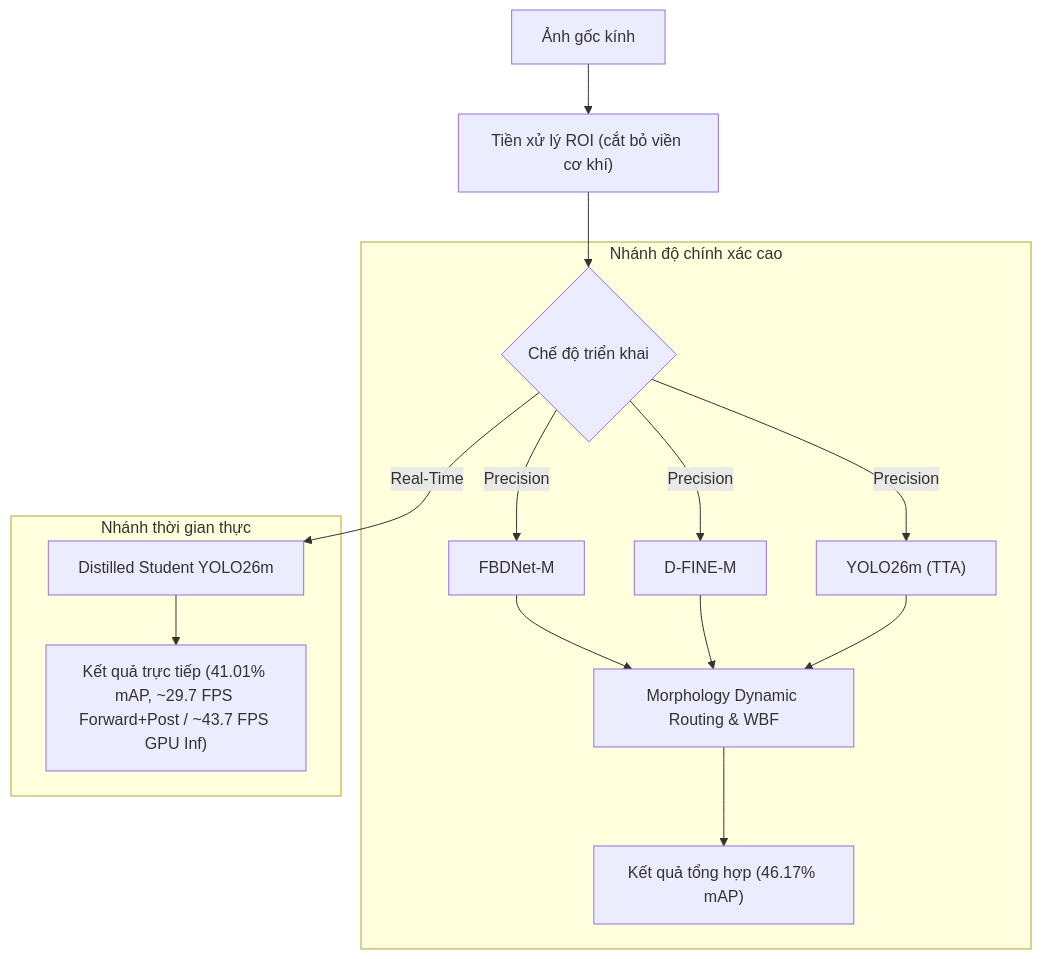
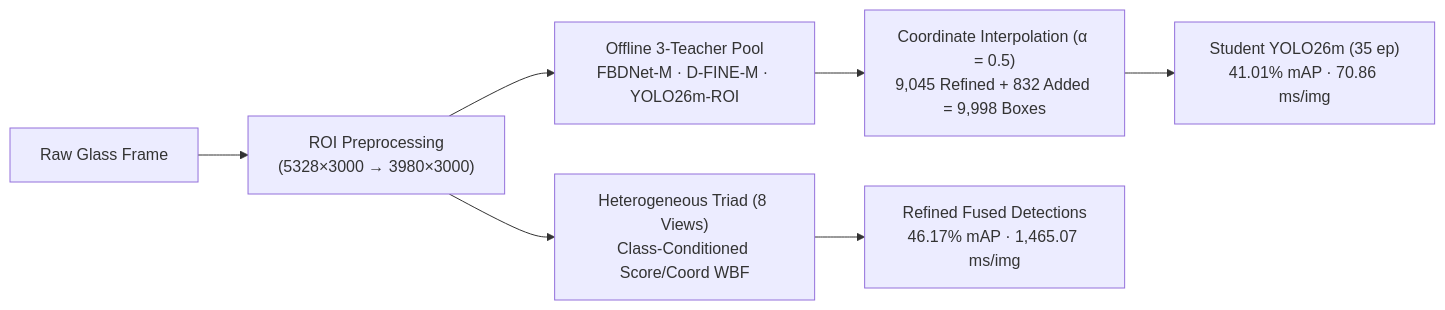
The diagram in README.md (nvtanphat/glass-defect-inspector), drawn with Mermaid before and after one commit. The commit also changed other lines of this file, not shown here.

````diff
--- a/README.md
+++ b/README.md
@@ -96,18 +38,11 @@
 ```mermaid
-flowchart TD
-    Raw["Ảnh gốc kính"] --> ROI["Tiền xử lý ROI (cắt bỏ viền cơ khí)"]
-    ROI --> Split{"Chế độ triển khai"}
-    
-    subgraph SOTA_Path ["Nhánh độ chính xác cao"]
-        Split -->|Precision| FBD["FBDNet-M"]
-        Split -->|Precision| DF["D-FINE-M"]
-        Split -->|Precision| Y26["YOLO26m (TTA)"]
-        FBD & DF & Y26 --> DynWBF["Morphology Dynamic Routing & WBF"]
-        DynWBF --> ApexOut["Kết quả tổng hợp (46.17% mAP)"]
-    end
-    
-    subgraph RealTime_Path ["Nhánh thời gian thực"]
-        Split -->|Real-Time| Distill["Distilled Student YOLO26m"]
-        Distill --> FastOut["Kết quả trực tiếp (41.01% mAP, ~29.7 FPS Forward+Post / ~43.7 FPS GPU Inf)"]
-    end
+flowchart LR
+    Raw["Raw Glass Frame"] --> ROI["ROI Preprocessing<br/>(5328×3000 → 3980×3000)"]
+
+    ROI --> Teacher["Offline 3-Teacher Pool<br/>FBDNet-M · D-FINE-M · YOLO26m-ROI"]
+    Teacher --> Refine["Coordinate Interpolation (α = 0.5)<br/>9,045 Refined + 832 Added = 9,998 Boxes"]
+    Refine --> Student["Student YOLO26m (35 ep)<br/>41.01% mAP · 70.86 ms/img"]
+
+    ROI --> Triad["Heterogeneous Triad (8 Views)<br/>Class-Conditioned Score/Coord WBF"]
+    Triad --> TriadOut["Refined Fused Detections<br/>46.17% mAP · 1,465.07 ms/img"]
 ```
````
